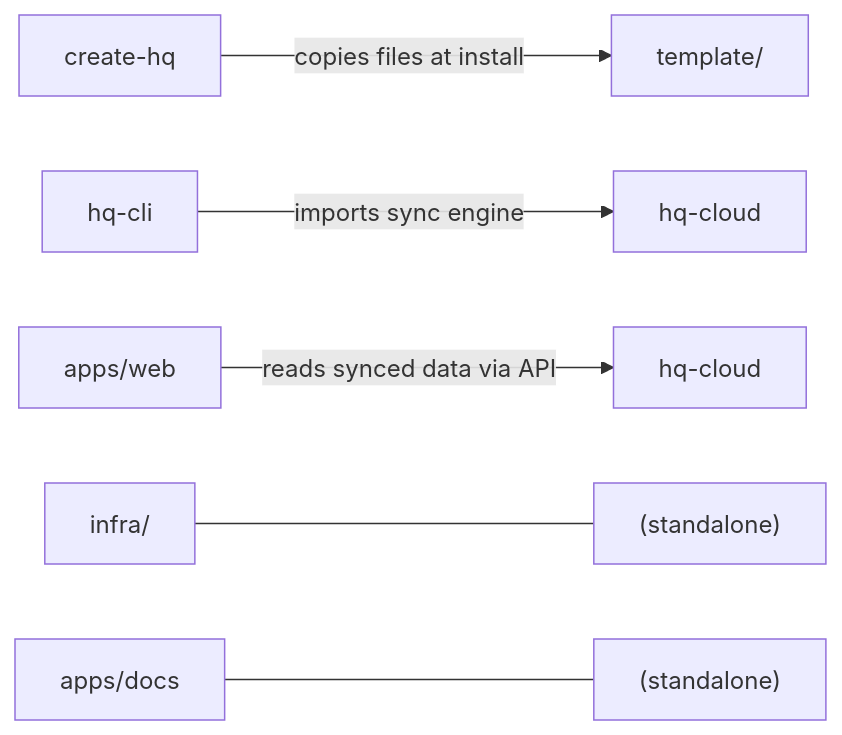
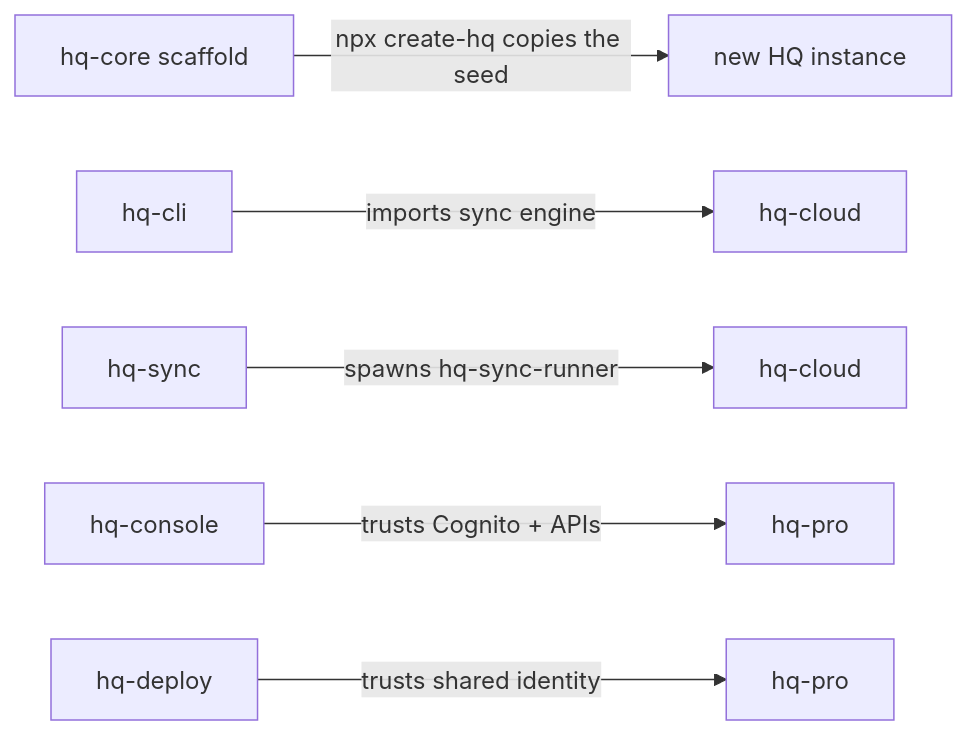
Before and after one commit to indigoai-us/indigo-docs: the sixth of 6 diagrams in src/content/docs/hq/architecture/1-overview.mdx, drawn with Mermaid. The commit also changed other lines of this file and 7 other files, not shown here.

First line of the commit message:
docs(US-001): de-monorepo the Architecture section

````diff
--- a/src/content/docs/hq/architecture/1-overview.mdx
+++ b/src/content/docs/hq/architecture/1-overview.mdx
@@ -128,8 +129,8 @@
 ```mermaid
 graph LR
-    createhq["create-hq"] -->|"copies files at install"| template["template/"]
+    createhq["hq-core scaffold"] -->|"npx create-hq copies the seed"| inst["new HQ instance"]
     hqcli["hq-cli"] -->|"imports sync engine"| hqcloud["hq-cloud"]
-    appsweb["apps/web"] -->|"reads synced data via API"| hqcloud2["hq-cloud"]
-    infrabox["infra/"] --- standalone1["(standalone)"]
-    appsdocs["apps/docs"] --- standalone2["(standalone)"]
+    hqsync["hq-sync"] -->|"spawns hq-sync-runner"| hqcloud2["hq-cloud"]
+    console["hq-console"] -->|"trusts Cognito + APIs"| pro["hq-pro"]
+    deploy["hq-deploy"] -->|"trusts shared identity"| pro2["hq-pro"]
 ```
````
